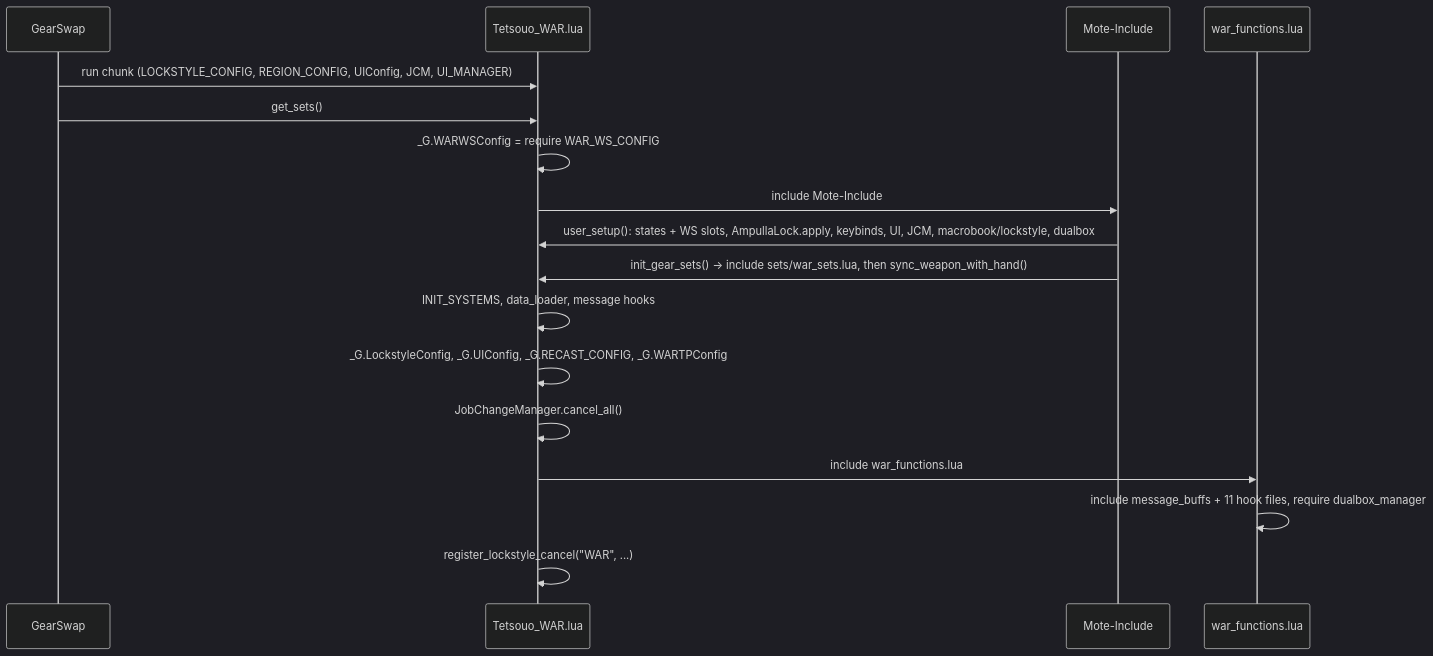
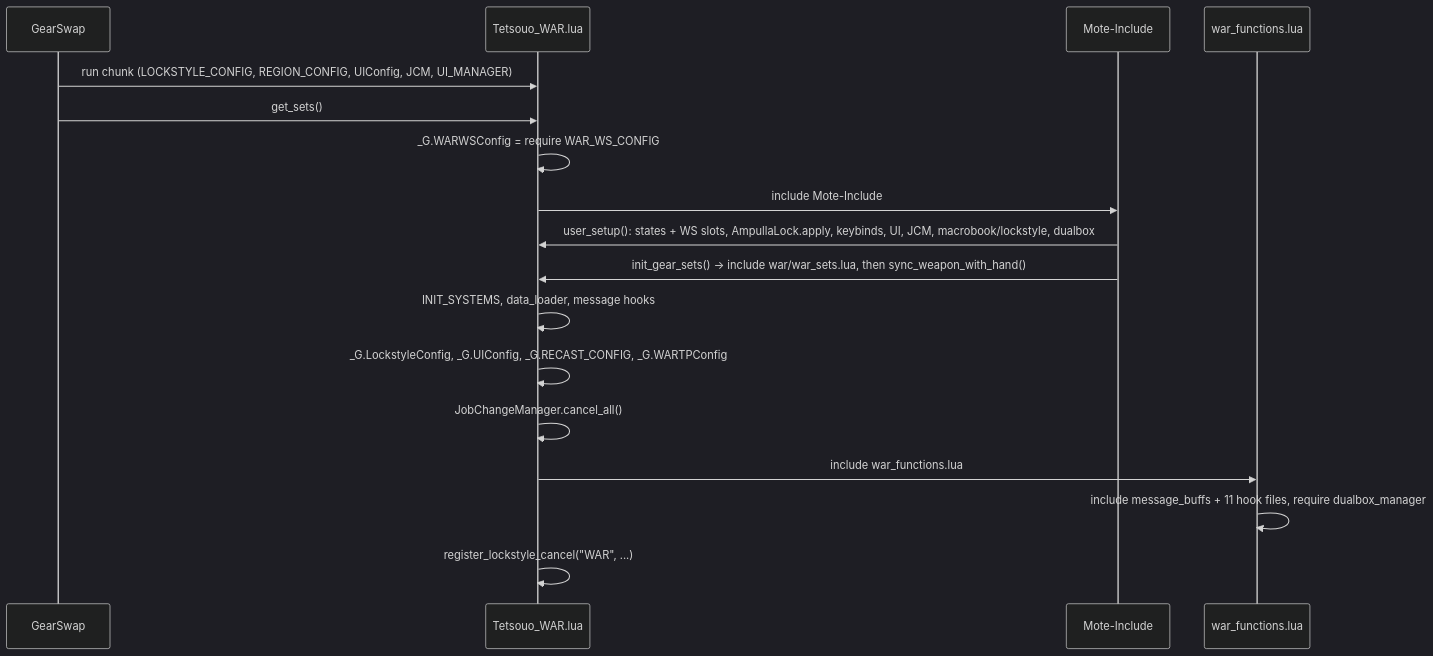
One commit to ejouanchicot/Gearswap changed the first of 2 diagrams in docs/dev/jobs/war.md. Above: the diagram before and after it, drawn with Mermaid (dark theme). The commit also changed other lines of this file and 248 other files, not shown here.

````diff
--- a/docs/dev/jobs/war.md
+++ b/docs/dev/jobs/war.md
@@ -97,19 +97,19 @@
 ```mermaid
 sequenceDiagram
     participant GS as GearSwap
     participant E as Tetsouo_WAR.lua
     participant M as Mote-Include
     participant F as war_functions.lua
     GS->>E: run chunk (LOCKSTYLE_CONFIG, REGION_CONFIG, UIConfig, JCM, UI_MANAGER)
     GS->>E: get_sets()
     E->>E: _G.WARWSConfig = require WAR_WS_CONFIG
     E->>M: include Mote-Include
     M->>E: user_setup(): states + WS slots, AmpullaLock.apply, keybinds, UI, JCM, macrobook/lockstyle, dualbox
-    M->>E: init_gear_sets() -> include sets/war_sets.lua, then sync_weapon_with_hand()
+    M->>E: init_gear_sets() -> include war/war_sets.lua, then sync_weapon_with_hand()
     E->>E: INIT_SYSTEMS, data_loader, message hooks
     E->>E: _G.LockstyleConfig, _G.UIConfig, _G.RECAST_CONFIG, _G.WARTPConfig
     E->>E: JobChangeManager.cancel_all()
     E->>F: include war_functions.lua
     F->>F: include message_buffs + 11 hook files, require dualbox_manager
     E->>E: register_lockstyle_cancel("WAR", ...)
 ```
````
